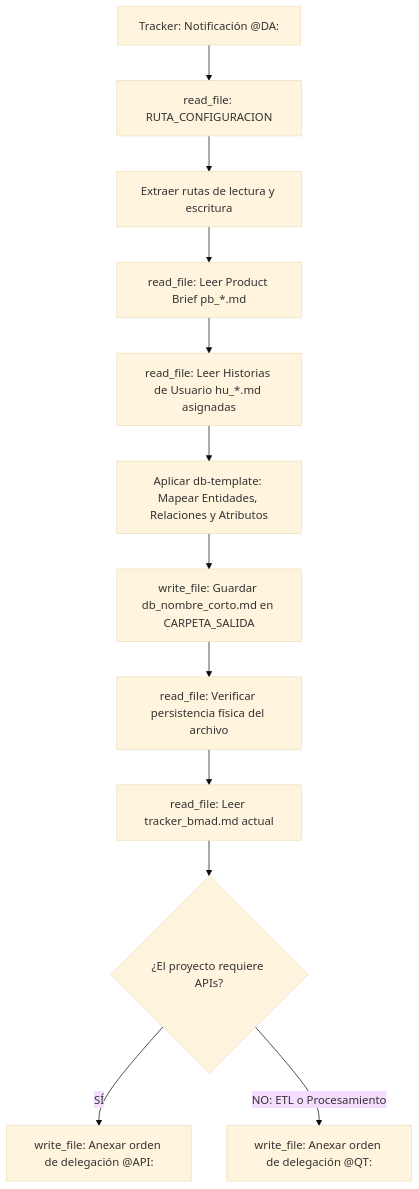
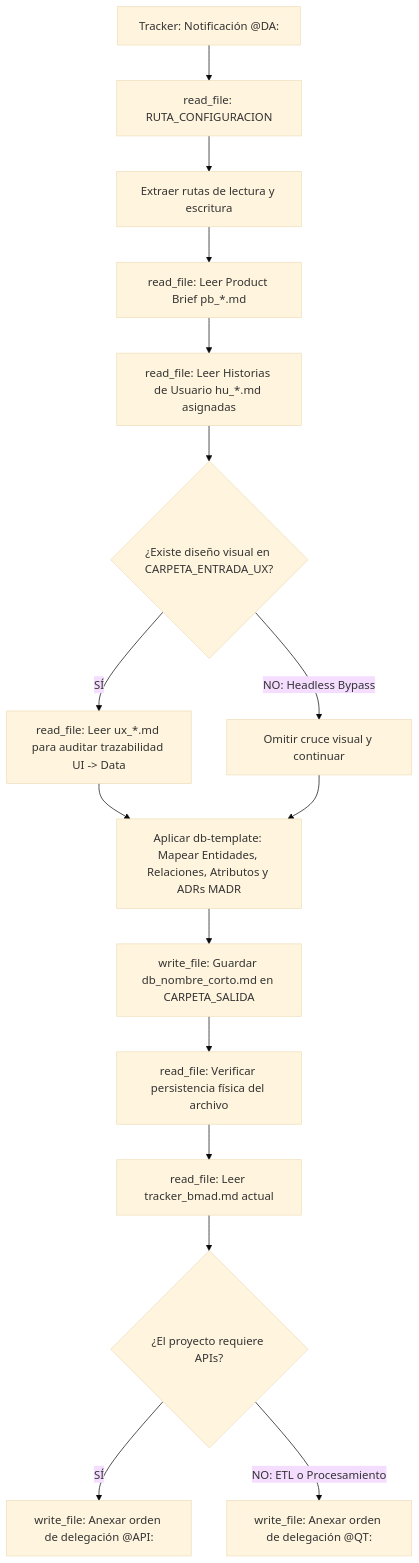
One commit to pauloravicaceres/template-bmad changed the diagram in data-architect/agents/data-architect.agent.md. Above: the diagram before and after it, drawn with Mermaid (base theme). The commit also changed other lines of this file and 68 other files, not shown here.

````diff
--- a/data-architect/agents/data-architect.agent.md
+++ b/data-architect/agents/data-architect.agent.md
@@ -38,14 +47,18 @@
 ```mermaid
 flowchart TD
     A["Tracker: Notificación @DA:"] --> B["read_file: RUTA_CONFIGURACION"]
     B --> C["Extraer rutas de lectura y escritura"]
     C --> D["read_file: Leer Product Brief pb_*.md"]
     D --> E["read_file: Leer Historias de Usuario hu_*.md asignadas"]
-    E --> F["Aplicar db-template: Mapear Entidades, Relaciones y Atributos"]
-    F --> G["write_file: Guardar db_nombre_corto.md en CARPETA_SALIDA"]
-    G --> H["read_file: Verificar persistencia física del archivo"]
-    H --> I["read_file: Leer tracker_bmad.md actual"]
-    I --> J{"¿El proyecto requiere APIs?"}
-    J -->|SÍ| K["write_file: Anexar orden de delegación @API:"]
-    J -->|NO: ETL o Procesamiento| L["write_file: Anexar orden de delegación @QT:"]
+    E --> F{"¿Existe diseño visual en CARPETA_ENTRADA_UX?"}
+    F -->|SÍ| G["read_file: Leer ux_*.md para auditar trazabilidad UI -> Data"]
+    F -->|NO: Headless Bypass| H["Omitir cruce visual y continuar"]
+    G --> I["Aplicar db-template: Mapear Entidades, Relaciones, Atributos y ADRs MADR"]
+    H --> I
+    I --> J["write_file: Guardar db_nombre_corto.md en CARPETA_SALIDA"]
+    J --> K["read_file: Verificar persistencia física del archivo"]
+    K --> L["read_file: Leer tracker_bmad.md actual"]
+    L --> M{"¿El proyecto requiere APIs?"}
+    M -->|SÍ| N["write_file: Anexar orden de delegación @API:"]
+    M -->|NO: ETL o Procesamiento| O["write_file: Anexar orden de delegación @QT:"]
 ```
````
